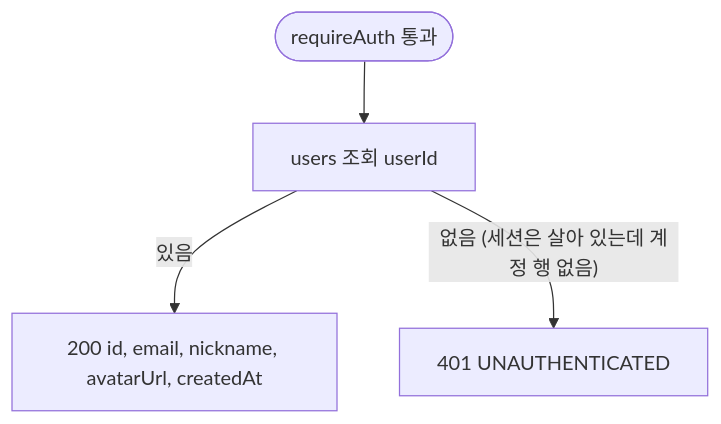
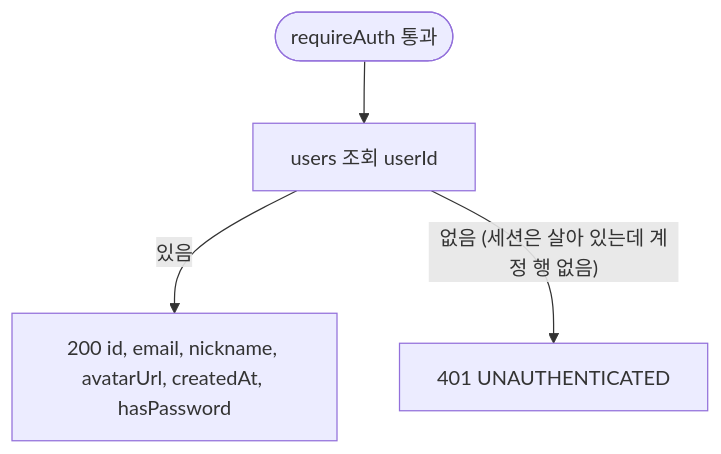
Diagram 29 of 49 in Document/SDS.md (EscapeFromGyeongsan/ft_transcendence), drawn with Mermaid before and after one commit. The commit also changed 4 other files, not shown here.

````diff
--- a/Document/SDS.md
+++ b/Document/SDS.md
@@ -1303,6 +1303,6 @@
 ```mermaid
 flowchart TD
     S([requireAuth 통과]) --> Find[users 조회 userId]
-    Find -->|있음| R200[200 id, email, nickname, avatarUrl, createdAt]
+    Find -->|있음| R200[200 id, email, nickname, avatarUrl, createdAt, hasPassword]
     Find -->|"없음 (세션은 살아 있는데 계정 행 없음)"| R401[401 UNAUTHENTICATED]
 ```
````
